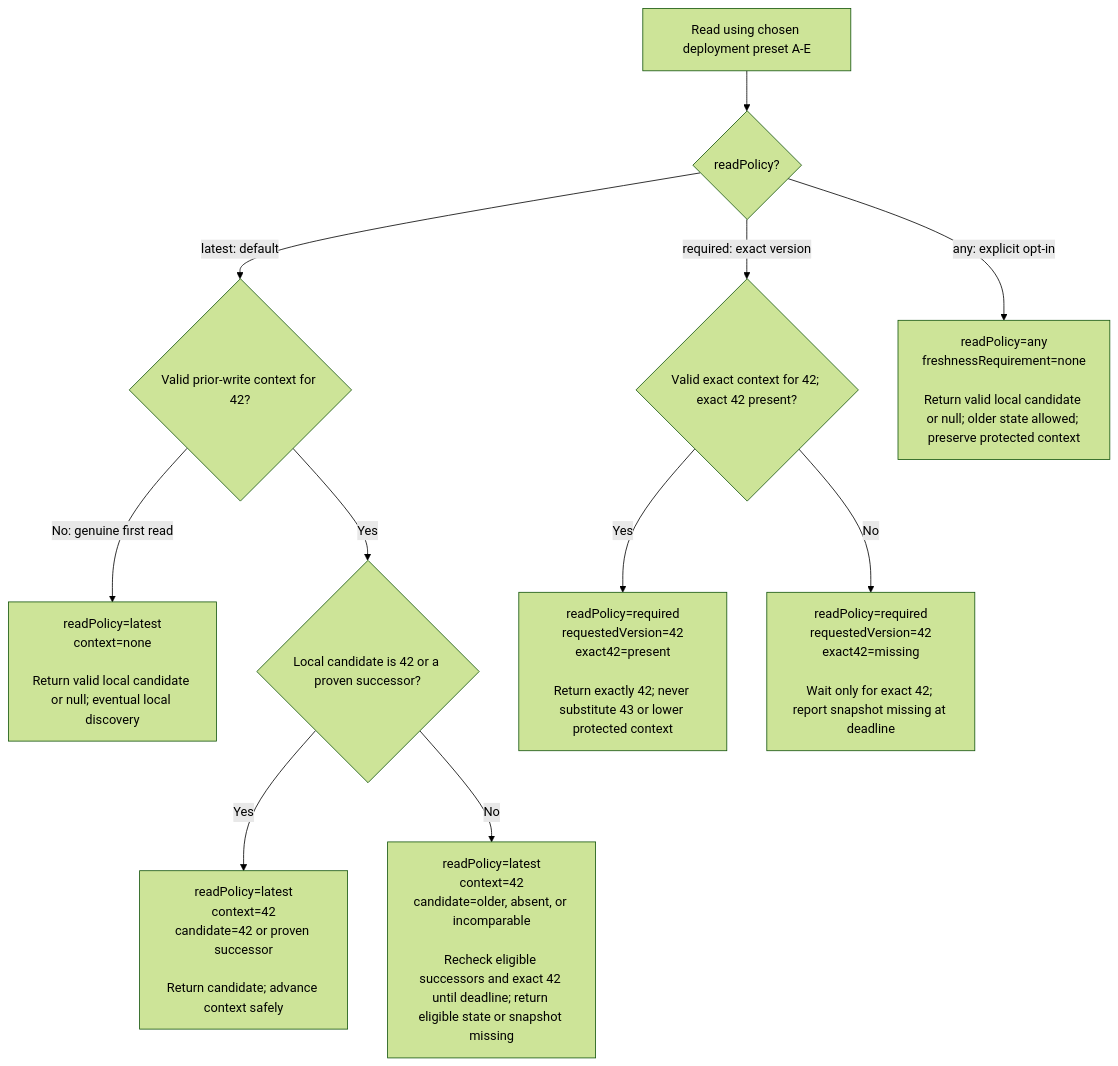
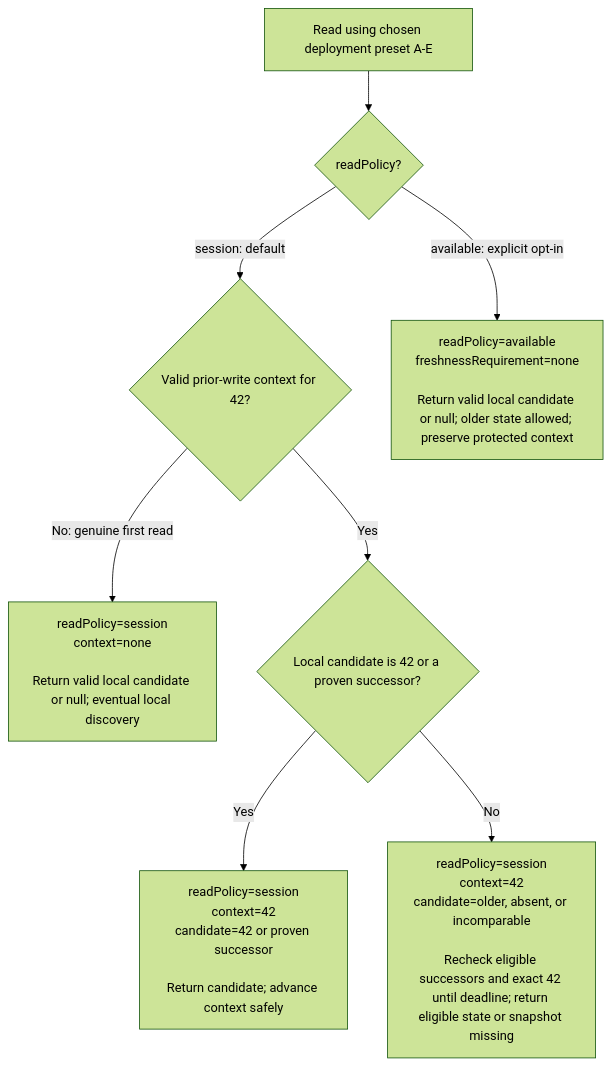
The fourth of 5 diagrams in decisions.md (alberttwong/redis-multi-region-adapter), drawn with Mermaid (forest theme) before and after one commit. The commit also changed other lines of this file and 12 other files, not shown here.

Commit message:
Clarify Session and Available read behaviors

````diff
--- a/decisions.md
+++ b/decisions.md
@@ -83,13 +83,10 @@
 ```mermaid
 flowchart TD
     Read["Read using chosen deployment preset A-E"] --> Policy{"readPolicy?"}
-    Policy -->|latest: default| Context{"Valid prior-write context for 42?"}
-    Context -->|No: genuine first read| First["readPolicy=latest<br/>context=none<br/><br/>Return valid local candidate or null; eventual local discovery"]
+    Policy -->|session: default| Context{"Valid prior-write context for 42?"}
+    Context -->|No: genuine first read| First["readPolicy=session<br/>context=none<br/><br/>Return valid local candidate or null; eventual local discovery"]
     Context -->|Yes| Match{"Local candidate is 42 or a proven successor?"}
-    Match -->|Yes| Current["readPolicy=latest<br/>context=42<br/>candidate=42 or proven successor<br/><br/>Return candidate; advance context safely"]
-    Match -->|No| LatestWait["readPolicy=latest<br/>context=42<br/>candidate=older, absent, or incomparable<br/><br/>Recheck eligible successors and exact 42 until deadline; return eligible state or snapshot missing"]
-    Policy -->|required: exact version| Exact{"Valid exact context for 42; exact 42 present?"}
-    Exact -->|Yes| ExactHit["readPolicy=required<br/>requestedVersion=42<br/>exact42=present<br/><br/>Return exactly 42; never substitute 43 or lower protected context"]
-    Exact -->|No| ExactMiss["readPolicy=required<br/>requestedVersion=42<br/>exact42=missing<br/><br/>Wait only for exact 42; report snapshot missing at deadline"]
-    Policy -->|any: explicit opt-in| Any["readPolicy=any<br/>freshnessRequirement=none<br/><br/>Return valid local candidate or null; older state allowed; preserve protected context"]
+    Match -->|Yes| Current["readPolicy=session<br/>context=42<br/>candidate=42 or proven successor<br/><br/>Return candidate; advance context safely"]
+    Match -->|No| LatestWait["readPolicy=session<br/>context=42<br/>candidate=older, absent, or incomparable<br/><br/>Recheck eligible successors and exact 42 until deadline; return eligible state or snapshot missing"]
+    Policy -->|available: explicit opt-in| Any["readPolicy=available<br/>freshnessRequirement=none<br/><br/>Return valid local candidate or null; older state allowed; preserve protected context"]
 ```
````
